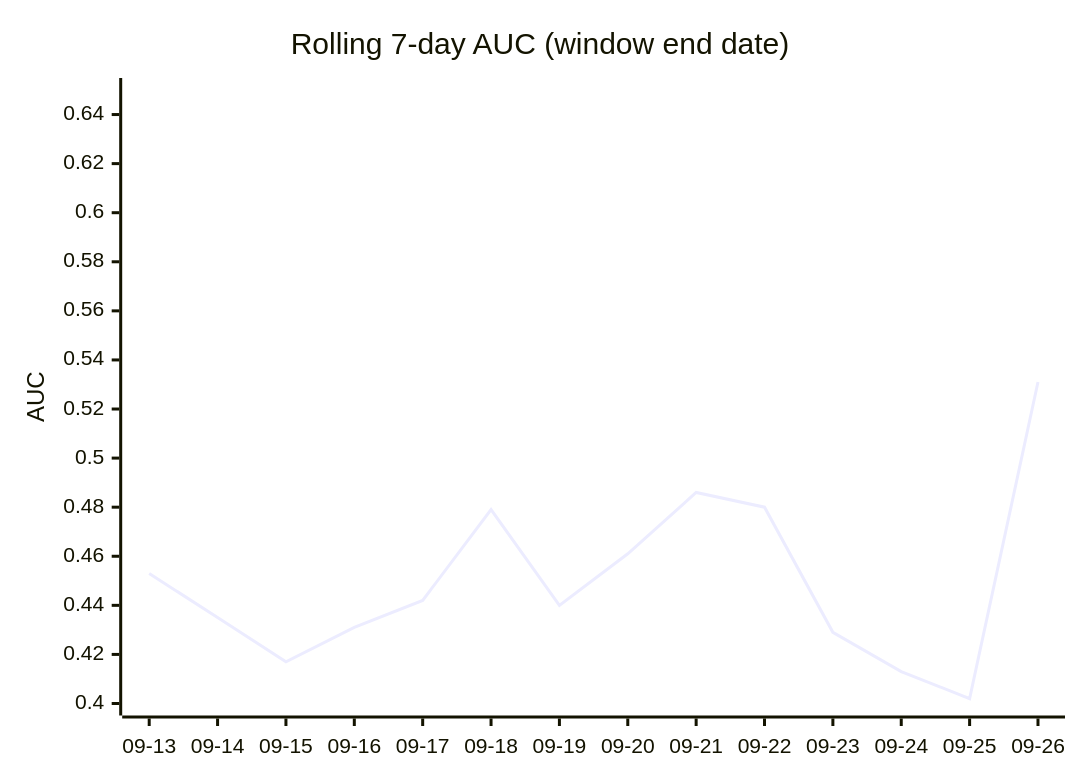
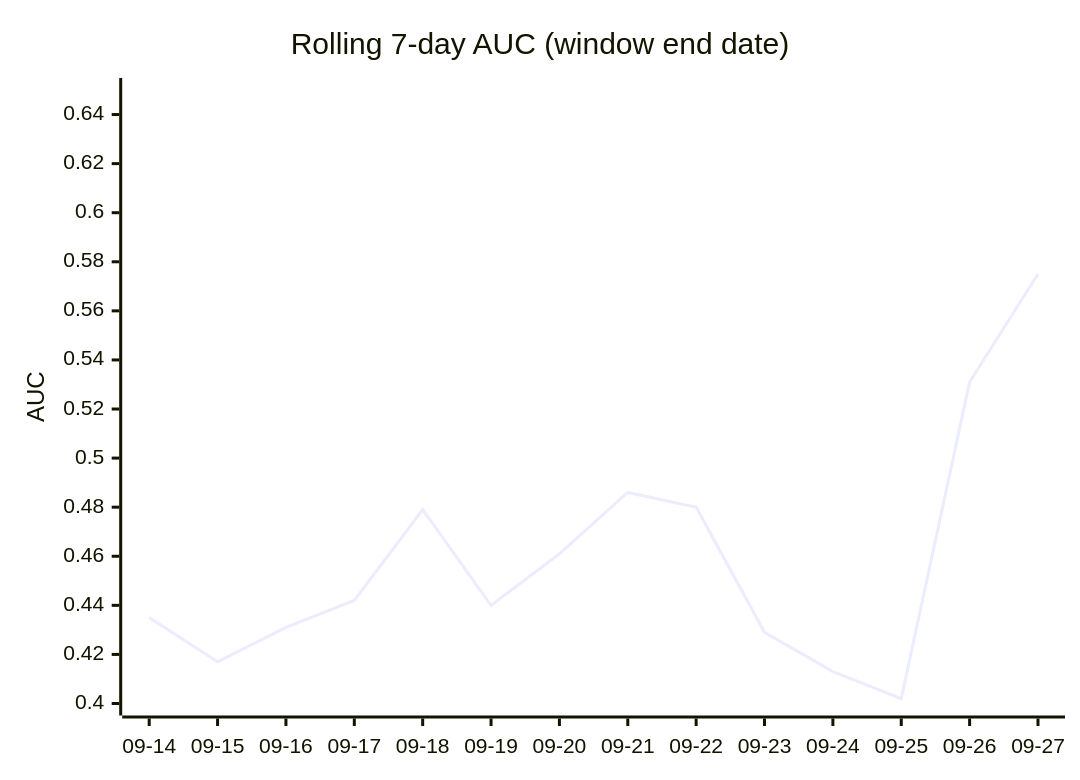
One commit to dpk1212/nhl-savant changed the third of 4 diagrams in DAILY_AGSU_REPORT.md. Above: the diagram before and after it, drawn with Mermaid. The commit also changed other lines of this file, not shown here.

````diff
--- a/DAILY_AGSU_REPORT.md
+++ b/DAILY_AGSU_REPORT.md
@@ -866,7 +861,7 @@
 ```mermaid
 xychart-beta
     title "Rolling 7-day AUC (window end date)"
-    x-axis ["09-13", "09-14", "09-15", "09-16", "09-17", "09-18", "09-19", "09-20", "09-21", "09-22", "09-23", "09-24", "09-25", "09-26"]
+    x-axis ["09-14", "09-15", "09-16", "09-17", "09-18", "09-19", "09-20", "09-21", "09-22", "09-23", "09-24", "09-25", "09-26", "09-27"]
     y-axis "AUC" 0.4 --> 0.65
-    line [0.453, 0.435, 0.417, 0.431, 0.442, 0.479, 0.44, 0.461, 0.486, 0.48, 0.429, 0.413, 0.402, 0.531]
+    line [0.435, 0.417, 0.431, 0.442, 0.479, 0.44, 0.461, 0.486, 0.48, 0.429, 0.413, 0.402, 0.531, 0.575]
 ```
````
